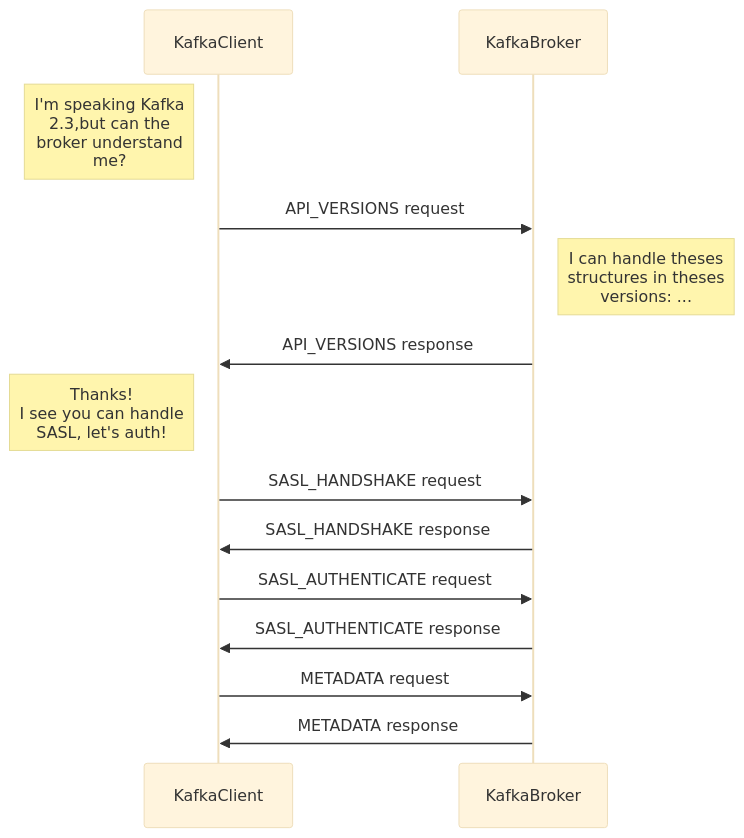
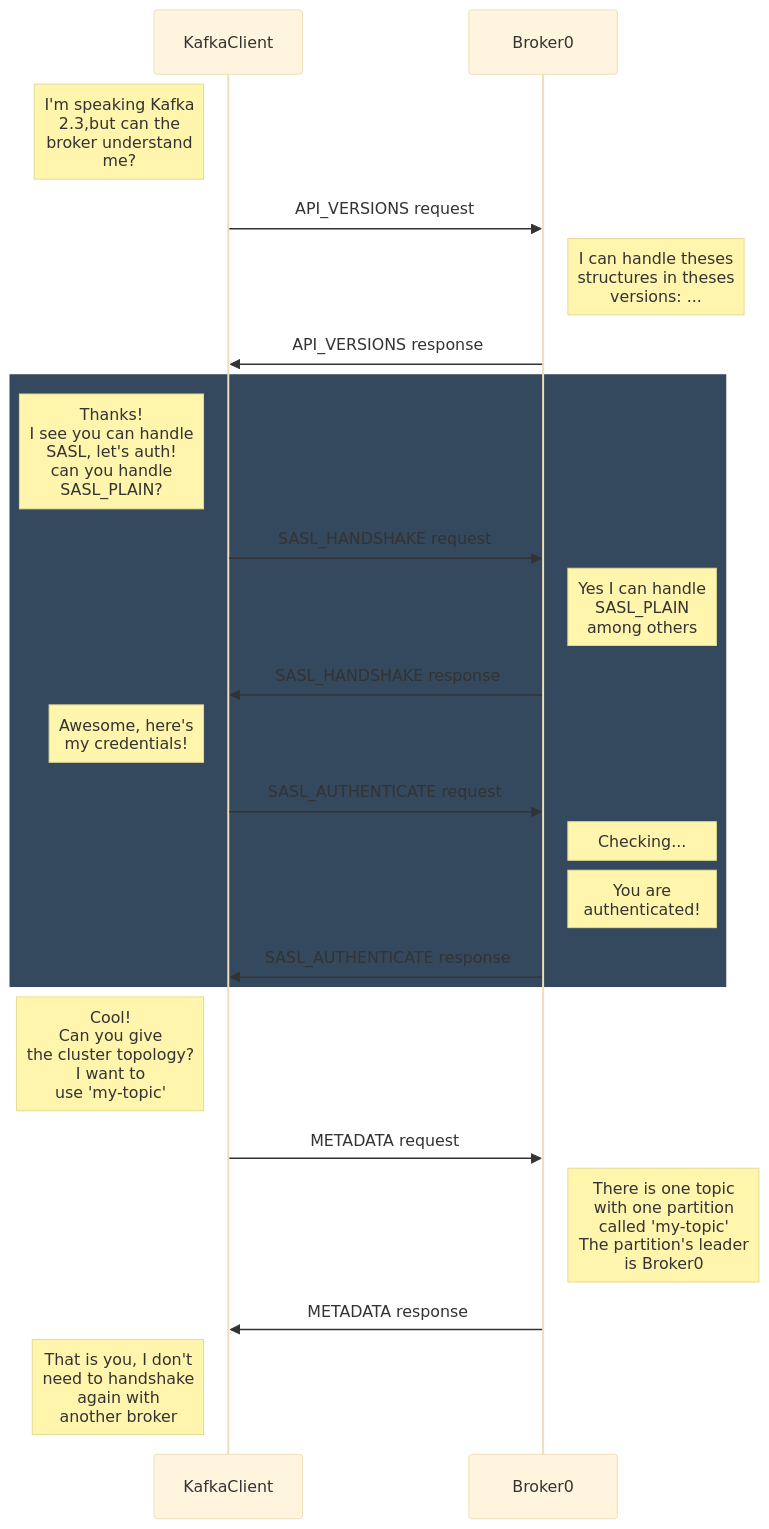
Before and after one commit to PierreZ/pierrezemb.fr: the first of 3 diagrams in content/posts/diving-into-kafka-protocol/index.md, drawn with Mermaid (base theme). The commit also changed other lines of this file, not shown here.

Commit message:
kafka blogpost handskahe and produce done

```diff
--- a/content/posts/diving-into-kafka-protocol/index.md
+++ b/content/posts/diving-into-kafka-protocol/index.md
@@ -26,21 +32,34 @@
 {{<mermaid>}}
 sequenceDiagram
 
     Note left of KafkaClient: I'm speaking Kafka <br/> 2.3,but can the <br/> broker understand <br/> me?
 
-    KafkaClient ->> KafkaBroker: API_VERSIONS request
+    KafkaClient ->> Broker0: API_VERSIONS request
 
-    Note right of KafkaBroker: I can handle theses <br/> structures in theses <br/>versions: ...
-    KafkaBroker ->> KafkaClient: API_VERSIONS response
+    Note right of Broker0: I can handle theses <br/> structures in theses <br/>versions: ...
+    Broker0 ->> KafkaClient: API_VERSIONS response
 
-    Note left of KafkaClient: Thanks!<br/> I see you can handle <br/> SASL, let's auth!
+    rect rgb(52, 73, 94)
+        Note left of KafkaClient: Thanks!<br/> I see you can handle <br/> SASL, let's auth! <br/> can you handle <br/> SASL_PLAIN?
+        KafkaClient ->> Broker0: SASL_HANDSHAKE request
 
-    KafkaClient ->> KafkaBroker: SASL_HANDSHAKE request
-    KafkaBroker ->> KafkaClient: SASL_HANDSHAKE response
+        Note right of Broker0: Yes I can handle <br/> SASL_PLAIN <br/> among others
+        Broker0 ->> KafkaClient: SASL_HANDSHAKE response
 
-    KafkaClient ->> KafkaBroker: SASL_AUTHENTICATE request
-    KafkaBroker ->> KafkaClient: SASL_AUTHENTICATE response
+        Note left of KafkaClient: Awesome, here's <br/> my credentials!
+        KafkaClient ->> Broker0: SASL_AUTHENTICATE request
 
-    KafkaClient ->> KafkaBroker: METADATA request
-    KafkaBroker ->> KafkaClient: METADATA response
+        Note right of Broker0: Checking...
+        Note right of Broker0: You are <br/>authenticated!
+        Broker0 ->> KafkaClient: SASL_AUTHENTICATE response
+    end
+
+    Note left of KafkaClient: Cool! <br/> Can you give <br/> the cluster topology?<br/> I want to <br/> use 'my-topic'
+    KafkaClient ->> Broker0: METADATA request
+
+    Note right of Broker0: There is one topic <br/> with one partition<br/> called 'my-topic'<br/>The partition's leader <br/> is Broker0
+    Broker0 ->> KafkaClient: METADATA response
+
+Note left of KafkaClient: That is you, I don't <br/> need to handshake <br/> again with <br/> another broker
+
 {{</mermaid>}}
```
